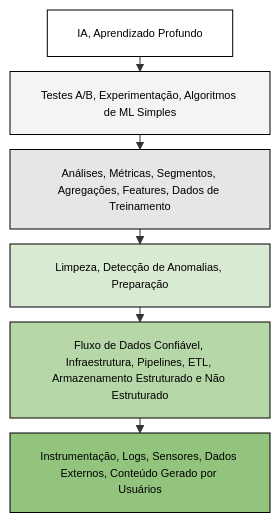
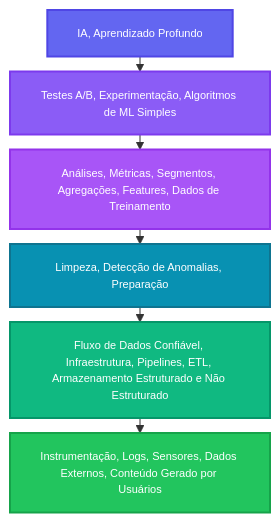
The second of 3 diagrams in content/classes/01-intro/profissionais.md (Insper/dataeng), drawn with Mermaid before and after one commit. The commit also changed other lines of this file and 12 other files, not shown here.

````diff
--- a/content/classes/01-intro/profissionais.md
+++ b/content/classes/01-intro/profissionais.md
@@ -66,28 +67,28 @@
 ```mermaid
 %%{init: {
   "flowchart": {
     "wrap": false,
     "htmlLabels": false,
     "useMaxWidth": true,
     "curve": "linear",
     "rankSpacing": 15,
     "nodeSpacing": 8
   }
 }}%%
 flowchart TB
-  classDef top fill:#ffffff,stroke:#000,color:#000,font-size:11px;
-  classDef l2  fill:#f4f4f4,stroke:#000,color:#000,font-size:11px;
-  classDef l3  fill:#e6e6e6,stroke:#000,color:#000,font-size:11px;
-  classDef l4  fill:#d9ead3,stroke:#000,color:#000,font-size:11px;
-  classDef l5  fill:#b6d7a8,stroke:#000,color:#000,font-size:11px;
-  classDef l6  fill:#93c47d,stroke:#000,color:#000,font-size:11px;
+  classDef top fill:#6366f1,stroke:#4f46e5,color:#ffffff,font-size:11px,stroke-width:2px;
+  classDef l2  fill:#8b5cf6,stroke:#7c3aed,color:#ffffff,font-size:11px,stroke-width:2px;
+  classDef l3  fill:#a855f7,stroke:#9333ea,color:#ffffff,font-size:11px,stroke-width:2px;
+  classDef l4  fill:#0891b2,stroke:#0e7490,color:#ffffff,font-size:11px,stroke-width:2px;
+  classDef l5  fill:#10b981,stroke:#059669,color:#ffffff,font-size:11px,stroke-width:2px;
+  classDef l6  fill:#22c55e,stroke:#16a34a,color:#ffffff,font-size:11px,stroke-width:2px;
 
   A["IA, Aprendizado Profundo"]:::top
   B["Testes A/B, Experimentação, Algoritmos de ML Simples"]:::l2
   C["Análises, Métricas, Segmentos, Agregações, Features, Dados de Treinamento"]:::l3
   D["Limpeza, Detecção de Anomalias, Preparação"]:::l4
   E["Fluxo de Dados Confiável, Infraestrutura, Pipelines, ETL, Armazenamento Estruturado e Não Estruturado"]:::l5
   F["Instrumentação, Logs, Sensores, Dados Externos, Conteúdo Gerado por Usuários"]:::l6
 
   A --> B --> C --> D --> E --> F
 ```
````
